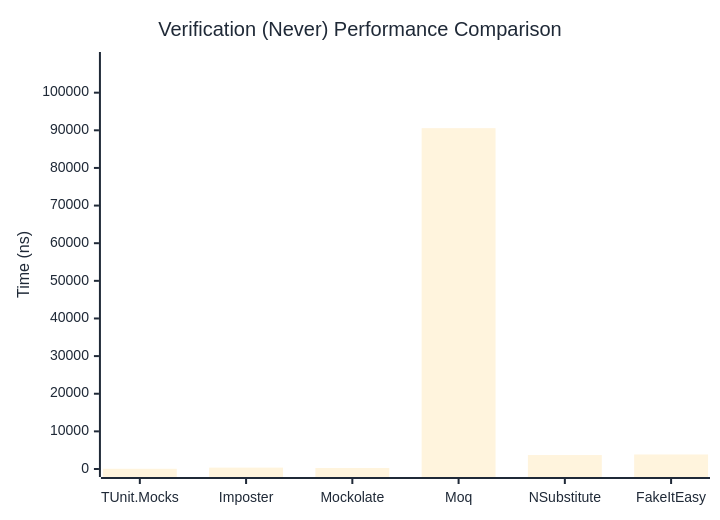
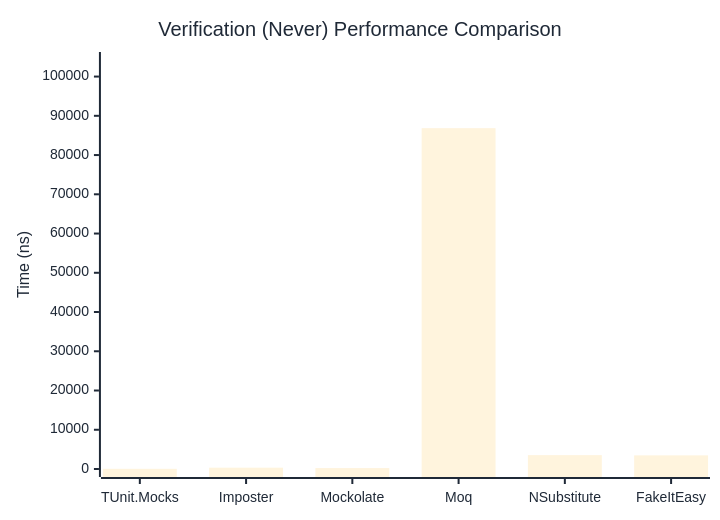
Before and after one commit to thomhurst/TUnit: the second of 3 diagrams in docs/docs/benchmarks/mocks/Verification.md, drawn with Mermaid. The commit also changed other lines of this file and 14 other files, not shown here.

````diff
--- a/docs/docs/benchmarks/mocks/Verification.md
+++ b/docs/docs/benchmarks/mocks/Verification.md
@@ -69,27 +69,27 @@
 ```mermaid
 %%{init: {
   'theme':'base',
   'themeVariables': {
     'primaryColor': '#2563eb',
     'primaryTextColor': '#1f2937',
     'primaryBorderColor': '#1e40af',
     'lineColor': '#6b7280',
     'secondaryColor': '#7c3aed',
     'tertiaryColor': '#dc2626',
     'background': '#ffffff',
     'pie1': '#2563eb',
     'pie2': '#7c3aed',
     'pie3': '#dc2626',
     'pie4': '#f59e0b',
     'pie5': '#10b981',
     'pie6': '#06b6d4',
     'pie7': '#ec4899',
     'pie8': '#6366f1'
   }
 }}%%
 xychart-beta
   title "Verification (Never) Performance Comparison"
   x-axis ["TUnit.Mocks", "Imposter", "Mockolate", "Moq", "NSubstitute", "FakeItEasy"]
-  y-axis "Time (ns)" 0 --> 108682
-  bar [54.25, 365.03, 267.3, 90567.96, 3707.48, 3856.74]
+  y-axis "Time (ns)" 0 --> 104222
+  bar [48.66, 335.27, 237.73, 86850.85, 3533.56, 3472.08]
 ```
````
